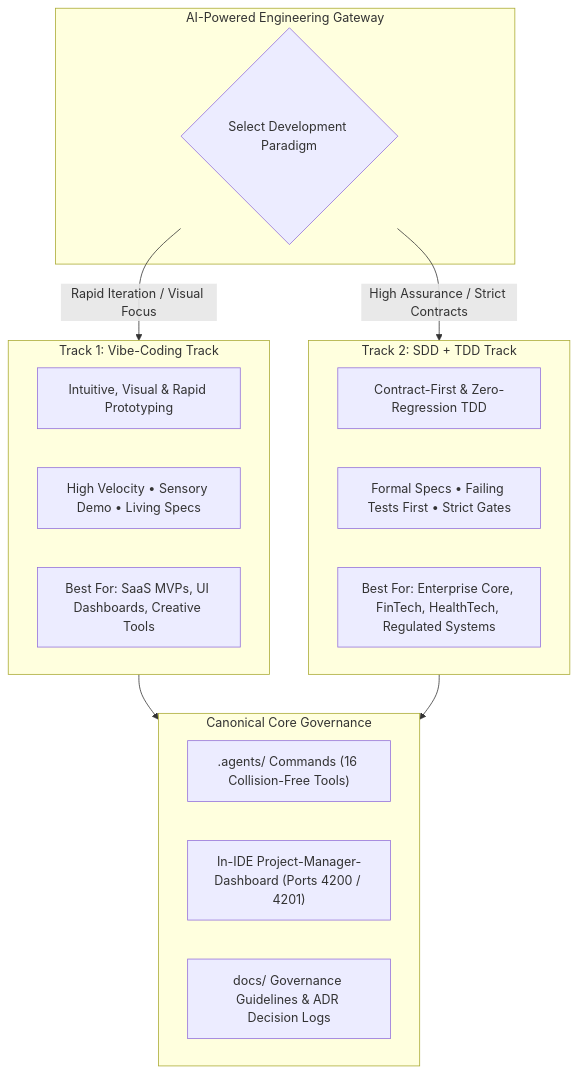
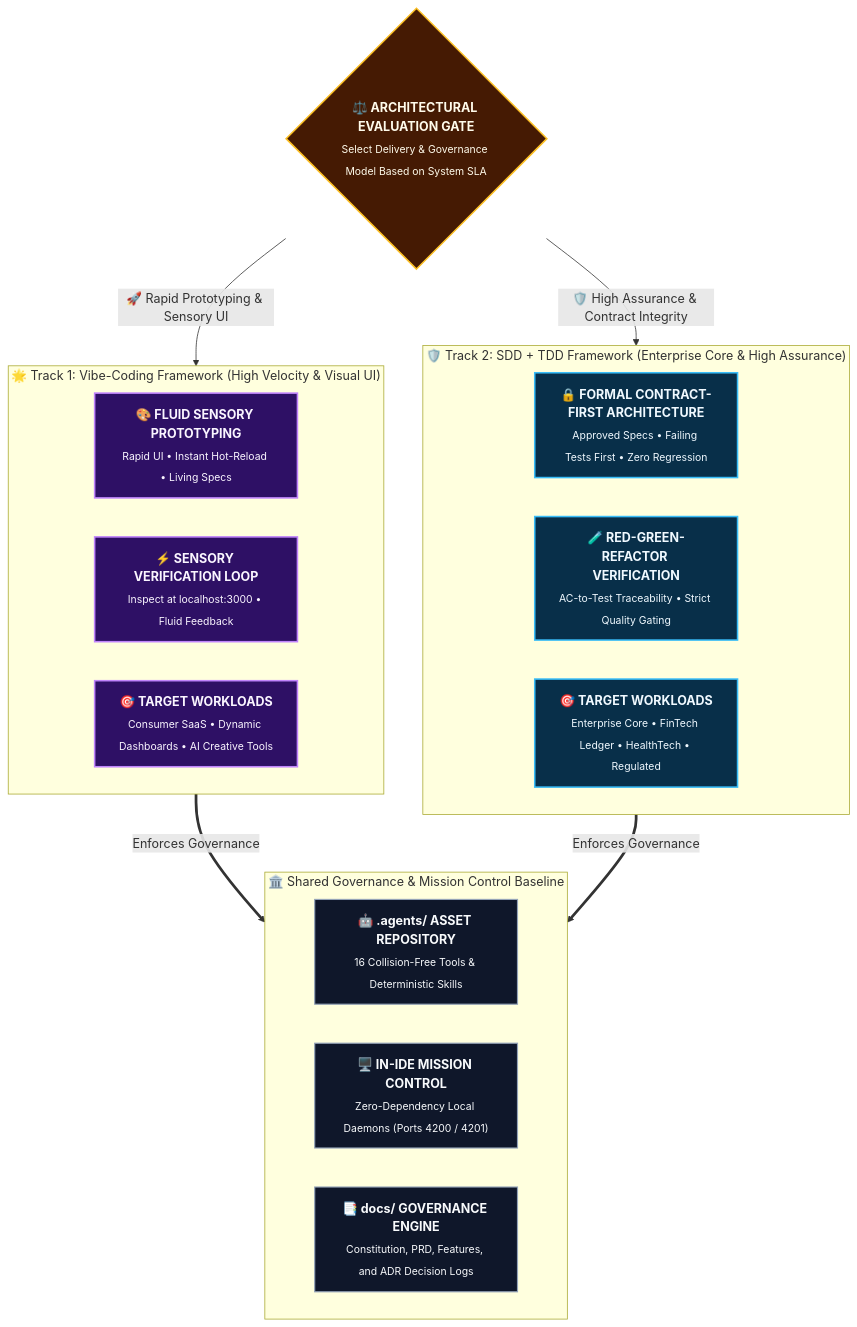
Before and after one commit to rmsofficialsyt/Agentic-AI-Vibe-Coding-AND-SDD-TDD-Codebase-Chandan-Adhikary: the first of 6 diagrams in README.md, drawn with Mermaid. The commit also changed other lines of this file and 23 other files, not shown here.

Commit message:
docs: redesign diagrams to Eraser.io visual style and regenerate MANIFEST.json

````diff
--- a/README.md
+++ b/README.md
@@ -25,30 +25,33 @@
 ```mermaid
 flowchart TD
-    subgraph RepoGateway ["AI-Powered Engineering Gateway"]
-        Choice{"Select Development Paradigm"}
+    classDef gate fill:#451a03,stroke:#fbbf24,stroke-width:2px,color:#fffbeb;
+    classDef vibe fill:#2e1065,stroke:#c084fc,stroke-width:2px,color:#faf5ff;
+    classDef sdd fill:#082f49,stroke:#38bdf8,stroke-width:2px,color:#f0f9ff;
+    classDef core fill:#0f172a,stroke:#94a3b8,stroke-width:1.5px,color:#f8fafc;
+
+    Choice{"<b>⚖️ ARCHITECTURAL EVALUATION GATE</b><br/><sub>Select Delivery & Governance Model Based on System SLA</sub>"}:::gate
+
+    subgraph Track1 ["🌟 Track 1: Vibe-Coding Framework (High Velocity & Visual UI)"]
+        VibeCore["<b>🎨 FLUID SENSORY PROTOTYPING</b><br/><sub>Rapid UI • Instant Hot-Reload • Living Specs</sub>"]:::vibe
+        VibeSpeed["<b>⚡ SENSORY VERIFICATION LOOP</b><br/><sub>Inspect at localhost:3000 • Fluid Feedback</sub>"]:::vibe
+        VibeScope["<b>🎯 TARGET WORKLOADS</b><br/><sub>Consumer SaaS • Dynamic Dashboards • AI Creative Tools</sub>"]:::vibe
     end
 
-    subgraph Track1 ["Track 1: Vibe-Coding Track"]
-        VibePhilosophy["Intuitive, Visual & Rapid Prototyping"]
-        VibeSpeed["High Velocity • Sensory Demo • Living Specs"]
-        VibeBestFor["Best For: SaaS MVPs, UI Dashboards, Creative Tools"]
+    subgraph Track2 ["🛡️ Track 2: SDD + TDD Framework (Enterprise Core & High Assurance)"]
+        SDDCore["<b>🔒 FORMAL CONTRACT-FIRST ARCHITECTURE</b><br/><sub>Approved Specs • Failing Tests First • Zero Regression</sub>"]:::sdd
+        SDDRigor["<b>🧪 RED-GREEN-REFACTOR VERIFICATION</b><br/><sub>AC-to-Test Traceability • Strict Quality Gating</sub>"]:::sdd
+        SDDBestFor["<b>🎯 TARGET WORKLOADS</b><br/><sub>Enterprise Core • FinTech Ledger • HealthTech • Regulated</sub>"]:::sdd
     end
 
-    subgraph Track2 ["Track 2: SDD + TDD Track"]
-        SDDPhilosophy["Contract-First & Zero-Regression TDD"]
-        SDDRigor["Formal Specs • Failing Tests First • Strict Gates"]
-        SDDBestFor["Best For: Enterprise Core, FinTech, HealthTech, Regulated Systems"]
+    subgraph SharedCore ["🏛️ Shared Governance & Mission Control Baseline"]
+        AgentEngine["<b>🤖 .agents/ ASSET REPOSITORY</b><br/><sub>16 Collision-Free Tools & Deterministic Skills</sub>"]:::core
+        DashboardEngine["<b>🖥️ IN-IDE MISSION CONTROL</b><br/><sub>Zero-Dependency Local Daemons (Ports 4200 / 4201)</sub>"]:::core
+        DocGovernance["<b>📑 docs/ GOVERNANCE ENGINE</b><br/><sub>Constitution, PRD, Features, and ADR Decision Logs</sub>"]:::core
     end
 
-    subgraph SharedCore ["Canonical Core Governance"]
-        AgentEngine[".agents/ Commands (16 Collision-Free Tools)"]
-        DashboardEngine["In-IDE Project-Manager-Dashboard (Ports 4200 / 4201)"]
-        DocGovernance["docs/ Governance Guidelines & ADR Decision Logs"]
-    end
+    Choice -->|"🚀 Rapid Prototyping & Sensory UI"| Track1
+    Choice -->|"🛡️ High Assurance & Contract Integrity"| Track2
 
-    Choice -->|"Rapid Iteration / Visual Focus"| Track1
-    Choice -->|"High Assurance / Strict Contracts"| Track2
-
-    Track1 --> SharedCore
-    Track2 --> SharedCore
+    Track1 ==>|"Enforces Governance"| SharedCore
+    Track2 ==>|"Enforces Governance"| SharedCore
 ```
````
